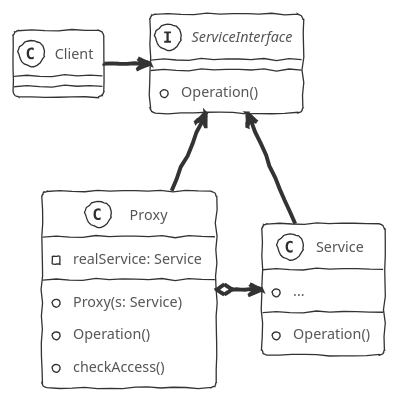
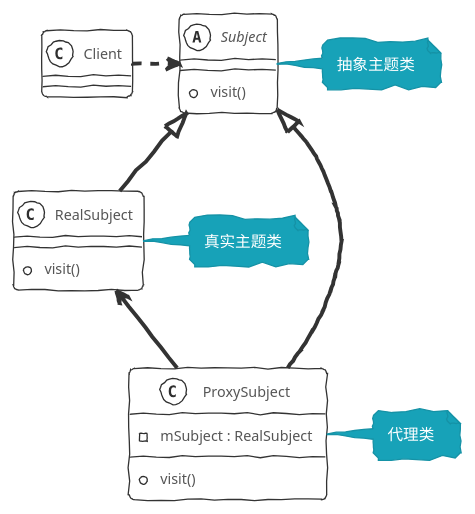
Before and after one commit to xiahubs/xiahubs.github.io: the diagram in source/_posts/DesignPatterns/proxy.md, drawn with PlantUML. The commit also changed 18 other files, not shown here.

```diff
--- a/source/_posts/DesignPatterns/proxy.md
+++ b/source/_posts/DesignPatterns/proxy.md
@@ -8,27 +8,30 @@
 {% plantuml %}
 !theme sketchy-outline
-class Client {
 
+class Client
+
+abstract class Subject
+{
+	+ visit()
 }
-interface ServiceInterface {
-	+ Operation()
+note right: 抽象主题类
+
+class RealSubject
+{
+	+ visit()
 }
-class Service {
-	+ ...
-	--
-	+ Operation()
+note right: 真实主题类
+
+class ProxySubject
+{
+	- mSubject : RealSubject
+	+ visit()
 }
-class Proxy {
-	- realService: Service
-	--
-	+ Proxy(s: Service)
-	+ Operation()
-	+ checkAccess()
-}
+note right: 代理类
 
-Client -right-> ServiceInterface
-Service -up-> ServiceInterface
-Proxy -up-> ServiceInterface
-Proxy o-right-> Service
+Subject <.left. Client
+Subject <|-- RealSubject
+Subject <|-- ProxySubject
+RealSubject <-- ProxySubject
 
 {% endplantuml %}
```
